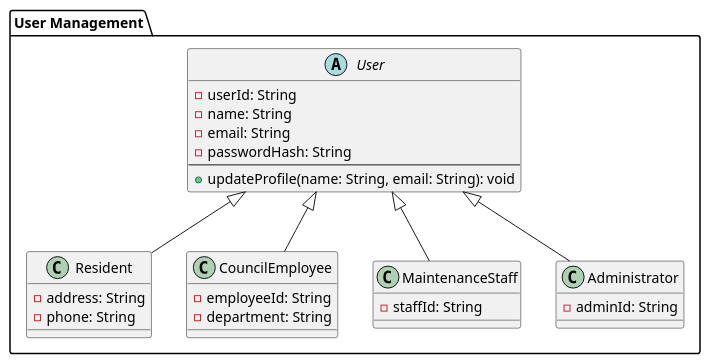
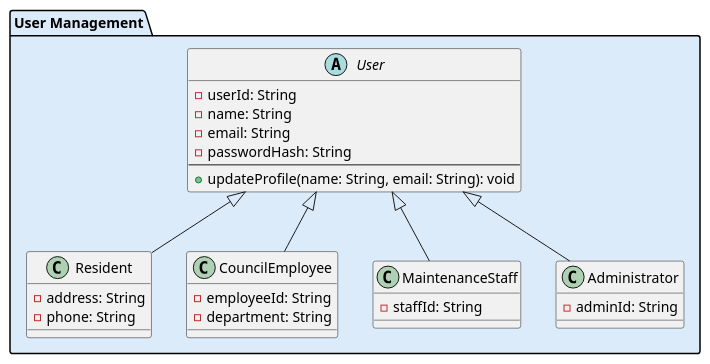
The diagram in docs/uml/modules/user-management.puml (gg-sajanbasnet/ICT602-MEL_S2_2026-1), drawn with PlantUML before and after one commit. The commit also changed 12 other files, not shown here.

Commit message:
docs(architecture): finalise whole-platform architecture

```diff
--- a/docs/uml/modules/user-management.puml
+++ b/docs/uml/modules/user-management.puml
@@ -1,35 +1,35 @@
 
-package "User Management" {
+package "User Management" #DCEBFA {
 
   abstract class User {
     - userId: String
     - name: String
     - email: String
     - passwordHash: String
     --
     + updateProfile(name: String, email: String): void
   }
 
   class Resident {
     - address: String
     - phone: String
   }
 
   class CouncilEmployee {
     - employeeId: String
     - department: String
   }
 
   class MaintenanceStaff {
     - staffId: String
   }
 
   class Administrator {
     - adminId: String
   }
 }
 
 User <|-- Resident
 User <|-- CouncilEmployee
 User <|-- MaintenanceStaff
 User <|-- Administrator
```
